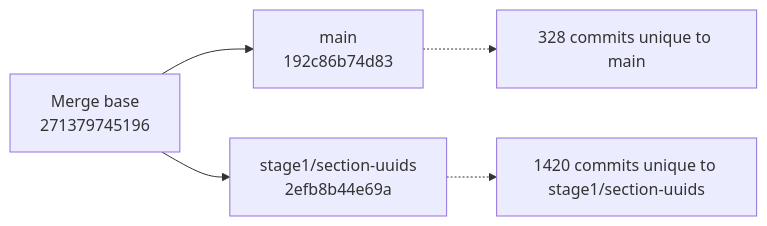
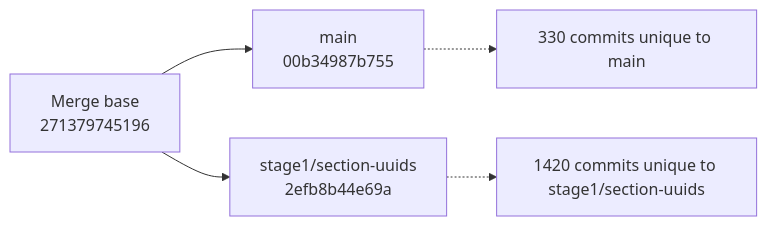
Before and after one commit to snoopdock/Finite_element_analysis_project: the diagram in branch-graphify-results/latest/git-lineage.mmd, drawn with Mermaid. The commit also changed 8 other files, not shown here.

Commit message:
Update Graphify branch analysis [skip ci]

```diff
--- a/branch-graphify-results/latest/git-lineage.mmd
+++ b/branch-graphify-results/latest/git-lineage.mmd
@@ -1,10 +1,10 @@
 flowchart LR
   MB["Merge base<br/>271379745196"]
-  B["main<br/>192c86b74d83"]
+  B["main<br/>00b34987b755"]
   C["stage1/section-uuids<br/>2efb8b44e69a"]
   MB --> B
   MB --> C
-  B_note["328 commits unique to main"]
+  B_note["330 commits unique to main"]
   C_note["1420 commits unique to stage1/section-uuids"]
   B -.-> B_note
   C -.-> C_note
```
